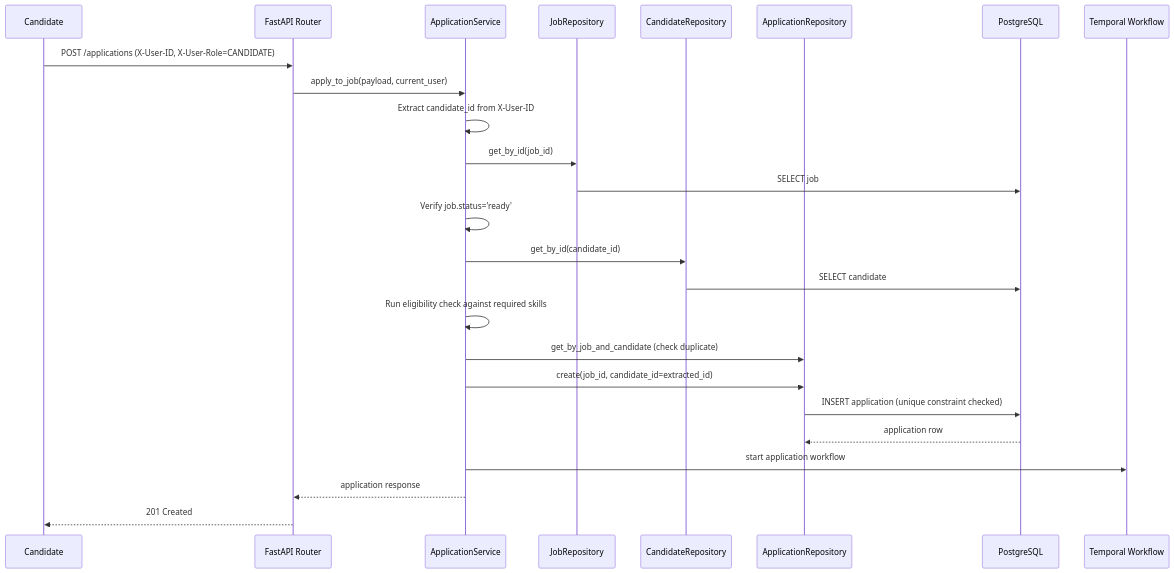
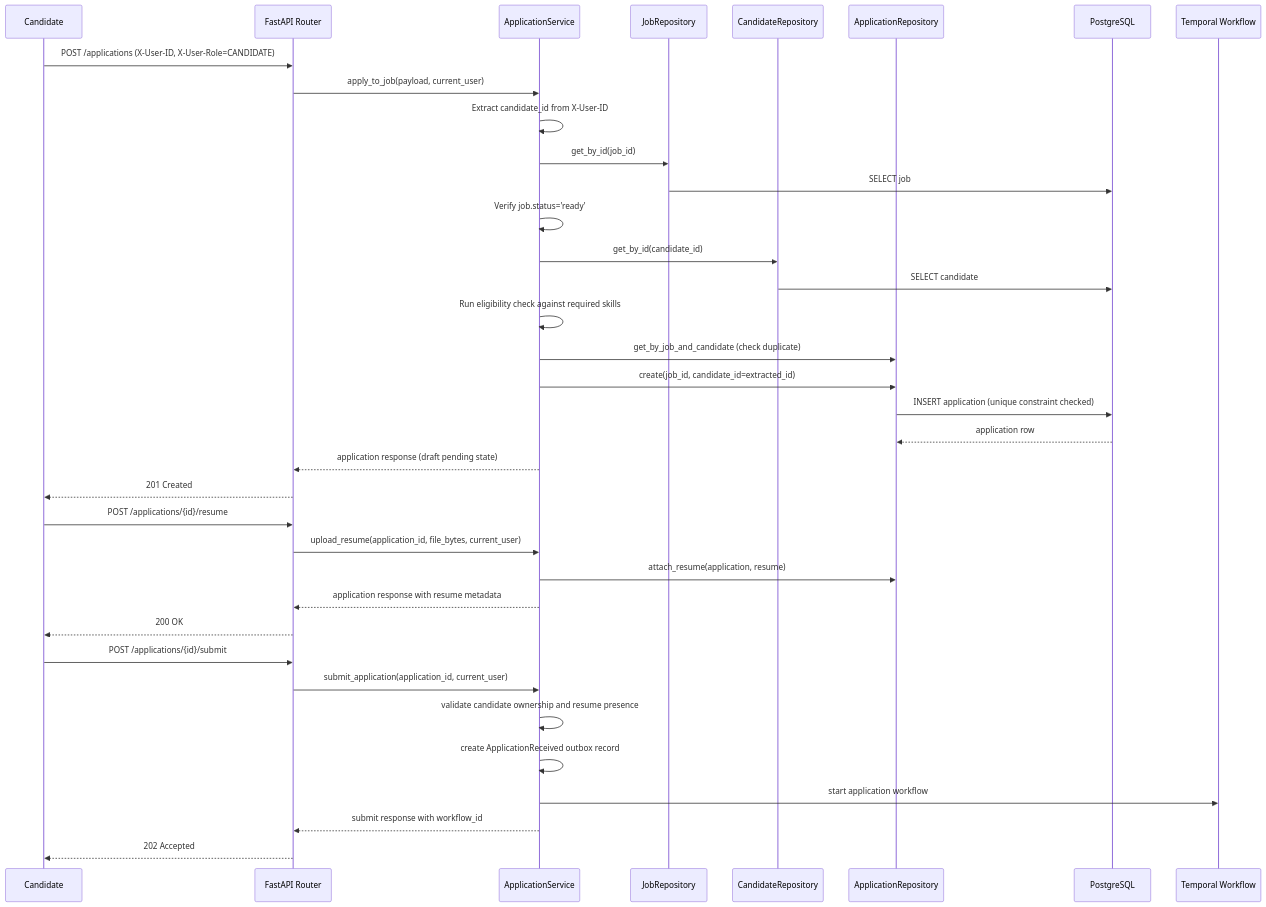
The fifth of 7 diagrams in docs/ARCHITECTURE.md (afnan-emumba/smart-hire), drawn with Mermaid before and after one commit. The commit also changed other lines of this file and 9 other files, not shown here.

Commit message:
feat: implement application submission workflow and update related documentation

````diff
--- a/docs/ARCHITECTURE.md
+++ b/docs/ARCHITECTURE.md
@@ -203,28 +203,41 @@
 ```mermaid
 sequenceDiagram
     participant Candidate
     participant API as FastAPI Router
     participant Service as ApplicationService
     participant JobRepo as JobRepository
     participant CandidateRepo as CandidateRepository
     participant AppRepo as ApplicationRepository
     participant DB as PostgreSQL
     participant Temporal as Temporal Workflow
 
     Candidate->>API: POST /applications (X-User-ID, X-User-Role=CANDIDATE)
     API->>Service: apply_to_job(payload, current_user)
     Service->>Service: Extract candidate_id from X-User-ID
     Service->>JobRepo: get_by_id(job_id)
     JobRepo->>DB: SELECT job
     Service->>Service: Verify job.status='ready'
     Service->>CandidateRepo: get_by_id(candidate_id)
     CandidateRepo->>DB: SELECT candidate
     Service->>Service: Run eligibility check against required skills
     Service->>AppRepo: get_by_job_and_candidate (check duplicate)
     Service->>AppRepo: create(job_id, candidate_id=extracted_id)
     AppRepo->>DB: INSERT application (unique constraint checked)
     DB-->>AppRepo: application row
+    Service-->>API: application response (draft pending state)
+    API-->>Candidate: 201 Created
+
+    Candidate->>API: POST /applications/{id}/resume
+    API->>Service: upload_resume(application_id, file_bytes, current_user)
+    Service->>AppRepo: attach_resume(application, resume)
+    Service-->>API: application response with resume metadata
+    API-->>Candidate: 200 OK
+
+    Candidate->>API: POST /applications/{id}/submit
+    API->>Service: submit_application(application_id, current_user)
+    Service->>Service: validate candidate ownership and resume presence
+    Service->>Service: create ApplicationReceived outbox record
     Service->>Temporal: start application workflow
-    Service-->>API: application response
-    API-->>Candidate: 201 Created
+    Service-->>API: submit response with workflow_id
+    API-->>Candidate: 202 Accepted
 ```
````
